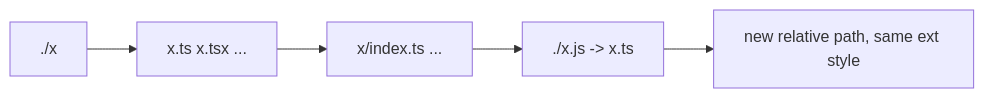
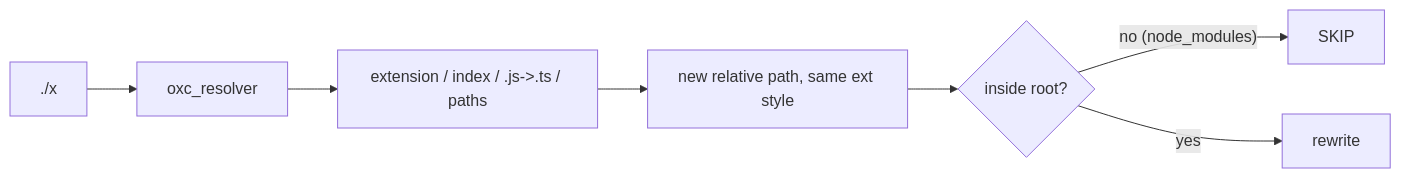
One commit to hafley66/sprefa changed the fourth of 5 diagrams in plans/2026-08-25-extract-move-typescript.PLAN.visual.human.unga.md. Above: the diagram before and after it, drawn with Mermaid. The commit also changed other lines of this file and 1 other file, not shown here.

First line of the commit message:
plan: rewrite TS arcs to oxc rows + oxc_resolver, nothing reinvented

````diff
--- a/plans/2026-08-25-extract-move-typescript.PLAN.visual.human.unga.md
+++ b/plans/2026-08-25-extract-move-typescript.PLAN.visual.human.unga.md
@@ -72,7 +69,9 @@
 ```mermaid
 flowchart LR
-    S["./x"] --> P1[x.ts x.tsx ...]
-    P1 --> P2[x/index.ts ...]
-    P2 --> ESM["./x.js" -> x.ts]
-    ESM --> OUT[new relative path, same ext style]
+    S["./x"] --> R[oxc_resolver]
+    R --> P[extension / index / .js->.ts / paths]
+    P --> OUT[new relative path, same ext style]
+    OUT --> ROOT{inside root?}
+    ROOT -- no (node_modules) --> SKIP
+    ROOT -- yes --> RE[rewrite]
 ```
````
